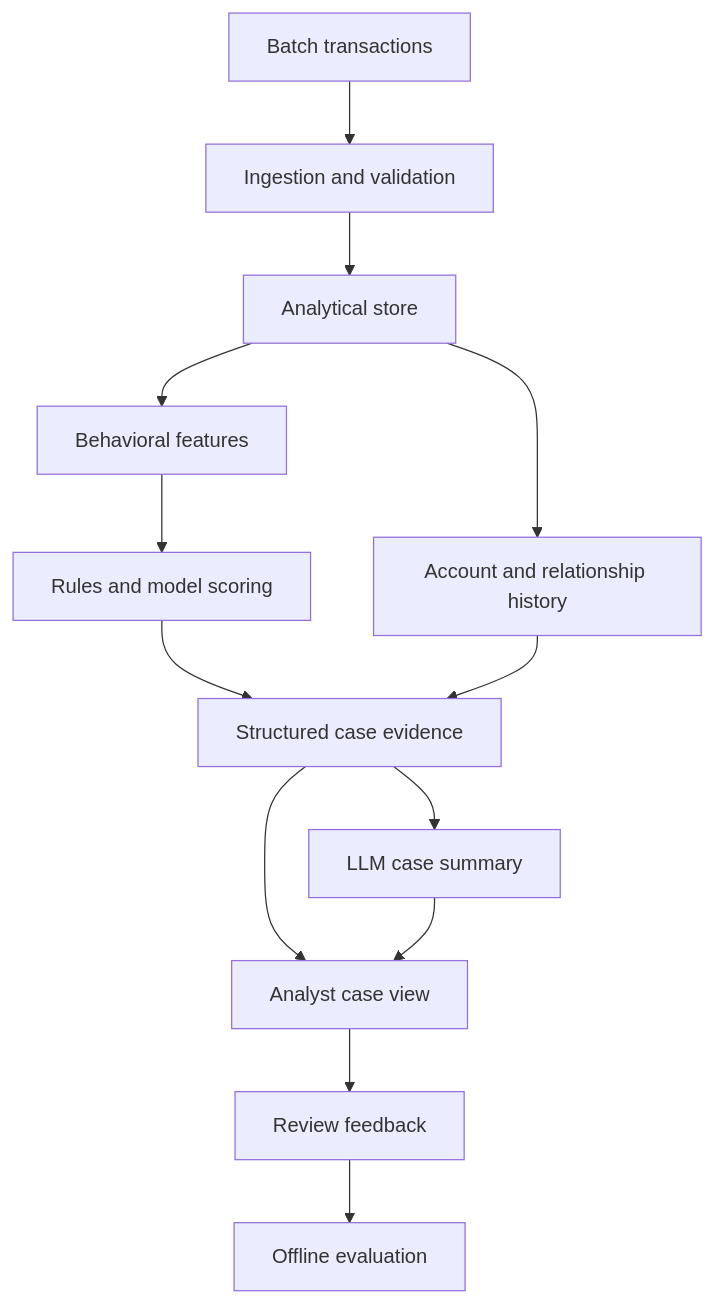
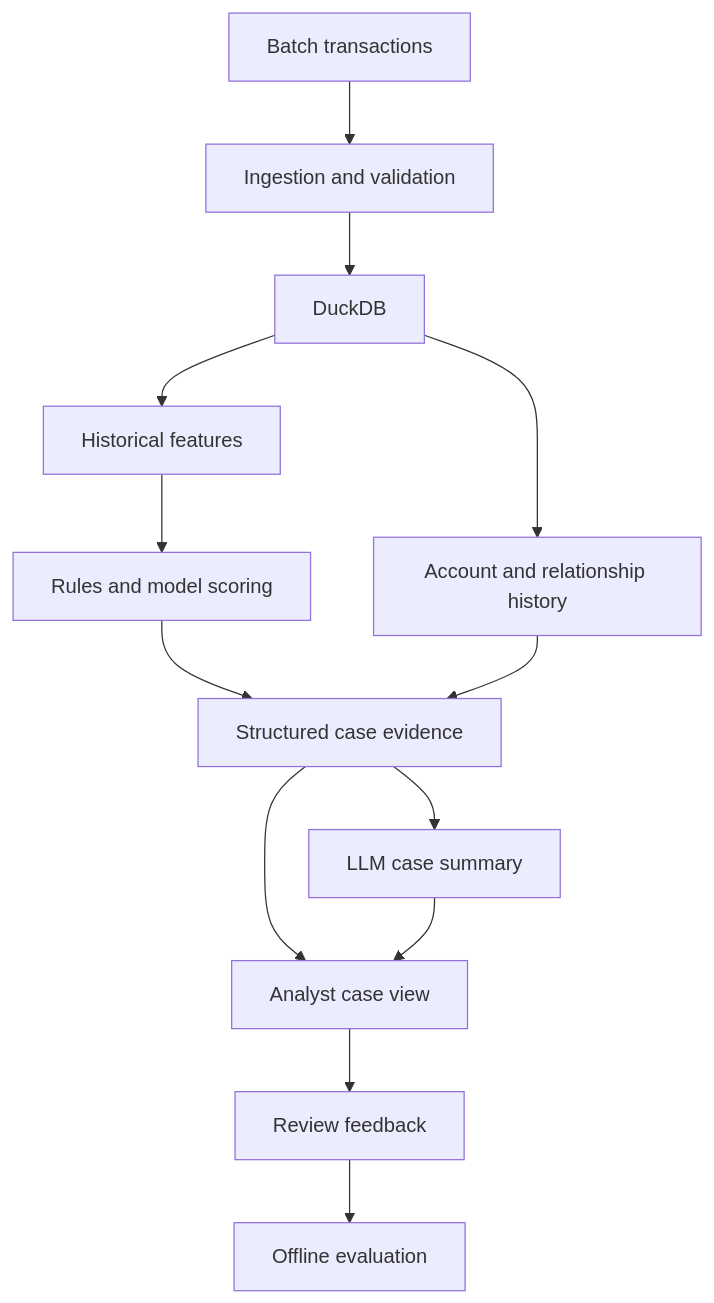
One commit to Nikflix/fraud-investigation-analytics changed the diagram in README.md. Above: the diagram before and after it, drawn with Mermaid. The commit also changed other lines of this file and 20 other files, not shown here.

````diff
--- a/README.md
+++ b/README.md
@@ -113,15 +25,15 @@
 ```mermaid
 flowchart TD
     A["Batch transactions"] --> B["Ingestion and validation"]
-    B --> C["Analytical store"]
-    C --> D["Behavioral features"]
+    B --> C["DuckDB"]
+    C --> D["Historical features"]
     D --> E["Rules and model scoring"]
     C --> F["Account and relationship history"]
     E --> G["Structured case evidence"]
     F --> G
     G --> H["LLM case summary"]
     G --> I["Analyst case view"]
     H --> I
     I --> J["Review feedback"]
     J --> K["Offline evaluation"]
 ```
````
